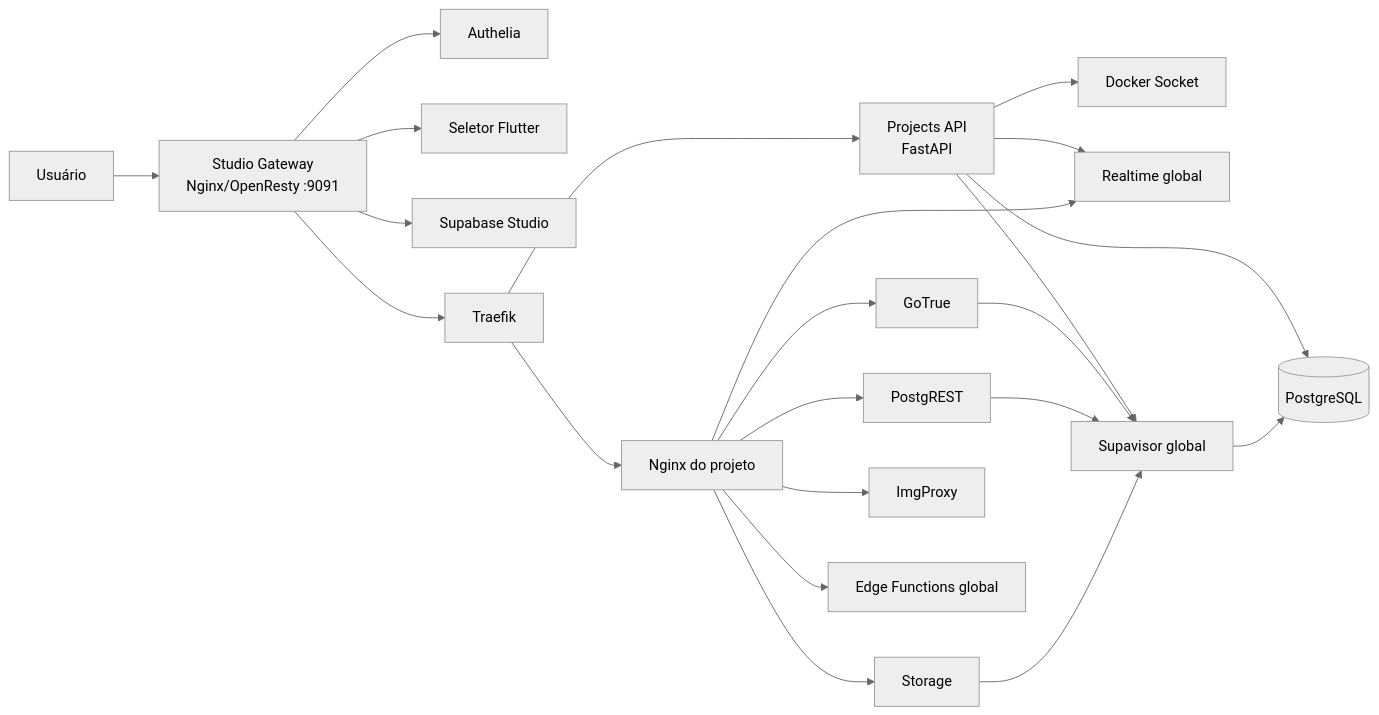
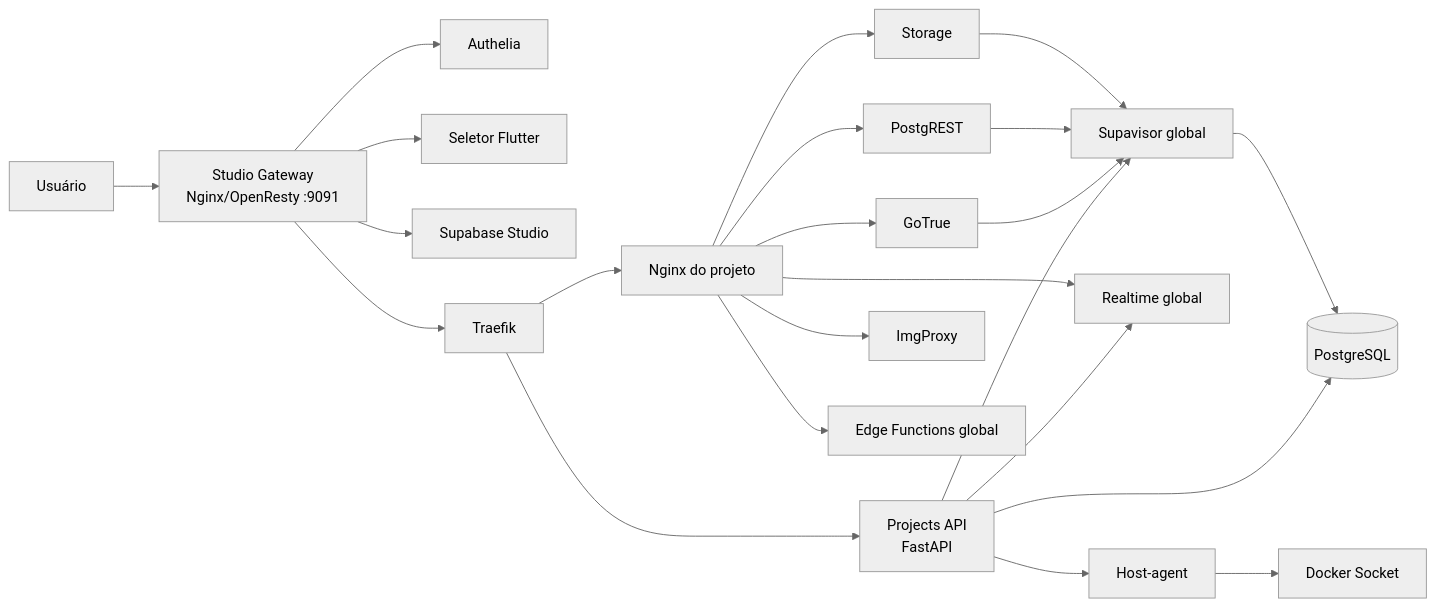
The diagram in README.md (GustavoMartins123/supabase-multitenant), drawn with Mermaid (neutral theme) before and after one commit.

Commit message:
docs: improve README

````diff
--- a/README.md
+++ b/README.md
@@ -41,28 +41,28 @@
 ```mermaid
 flowchart LR
     User[Usuário] --> StudioGateway[Studio Gateway\nNginx/OpenResty :9091]
     StudioGateway --> Authelia[Authelia]
     StudioGateway --> Flutter[Seletor Flutter]
     StudioGateway --> Studio[Supabase Studio]
 
     StudioGateway --> Traefik[Traefik]
     Traefik --> ProjectsAPI[Projects API\nFastAPI]
     Traefik --> TenantGateway[Nginx do projeto]
 
     ProjectsAPI --> PostgreSQL[(PostgreSQL)]
-    ProjectsAPI --> Docker[Docker Socket]
+    ProjectsAPI --> HostAgent[Host-agent] --> Docker[Docker Socket]
     ProjectsAPI --> Realtime[Realtime global]
     ProjectsAPI --> Supavisor[Supavisor global]
 
     TenantGateway --> Auth[GoTrue]
     TenantGateway --> Rest[PostgREST]
     TenantGateway --> Storage[Storage]
     TenantGateway --> ImgProxy[ImgProxy]
     TenantGateway --> Functions[Edge Functions global]
     TenantGateway --> Realtime
 
     Auth --> Supavisor
     Rest --> Supavisor
     Storage --> Supavisor
     Supavisor --> PostgreSQL
 ```
````
